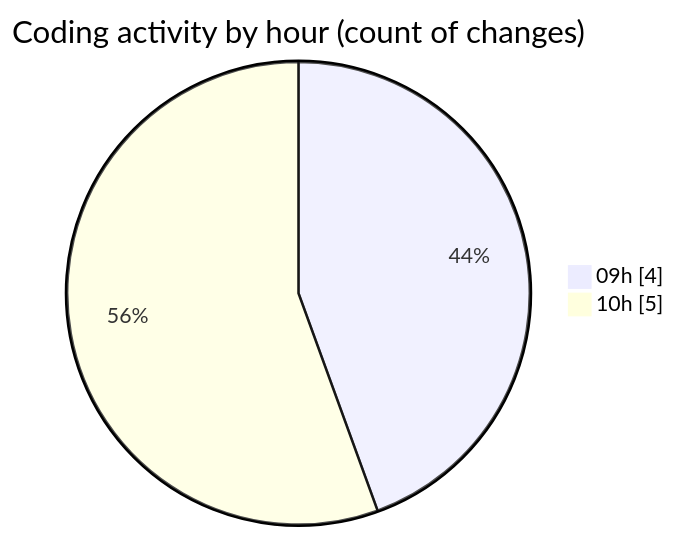
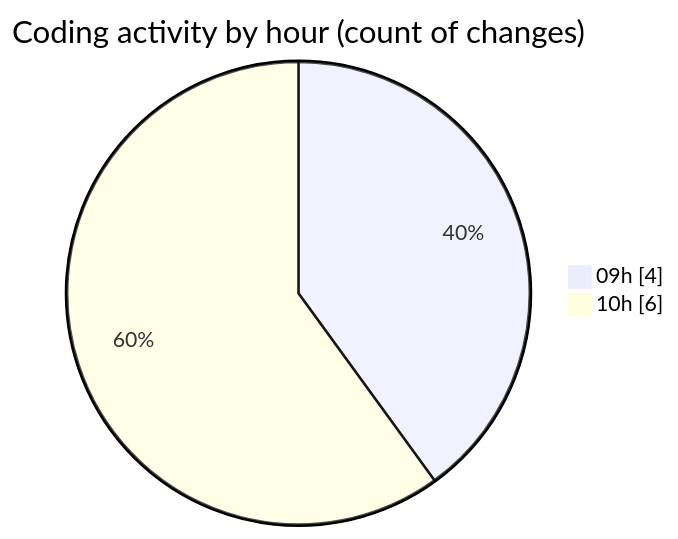
Before and after one commit to Elitesun/code-tracking: the second of 2 diagrams in 2025-05-06/niten/README.md, drawn with Mermaid. The commit also changed other lines of this file and 1 other file, not shown here.

````diff
--- a/2025-05-06/niten/README.md
+++ b/2025-05-06/niten/README.md
@@ -31,6 +31,6 @@
 ```mermaid
 pie showData
 title Coding activity by hour (count of changes)
 "09h" : 4
-"10h" : 5
+"10h" : 6
 ```
````
